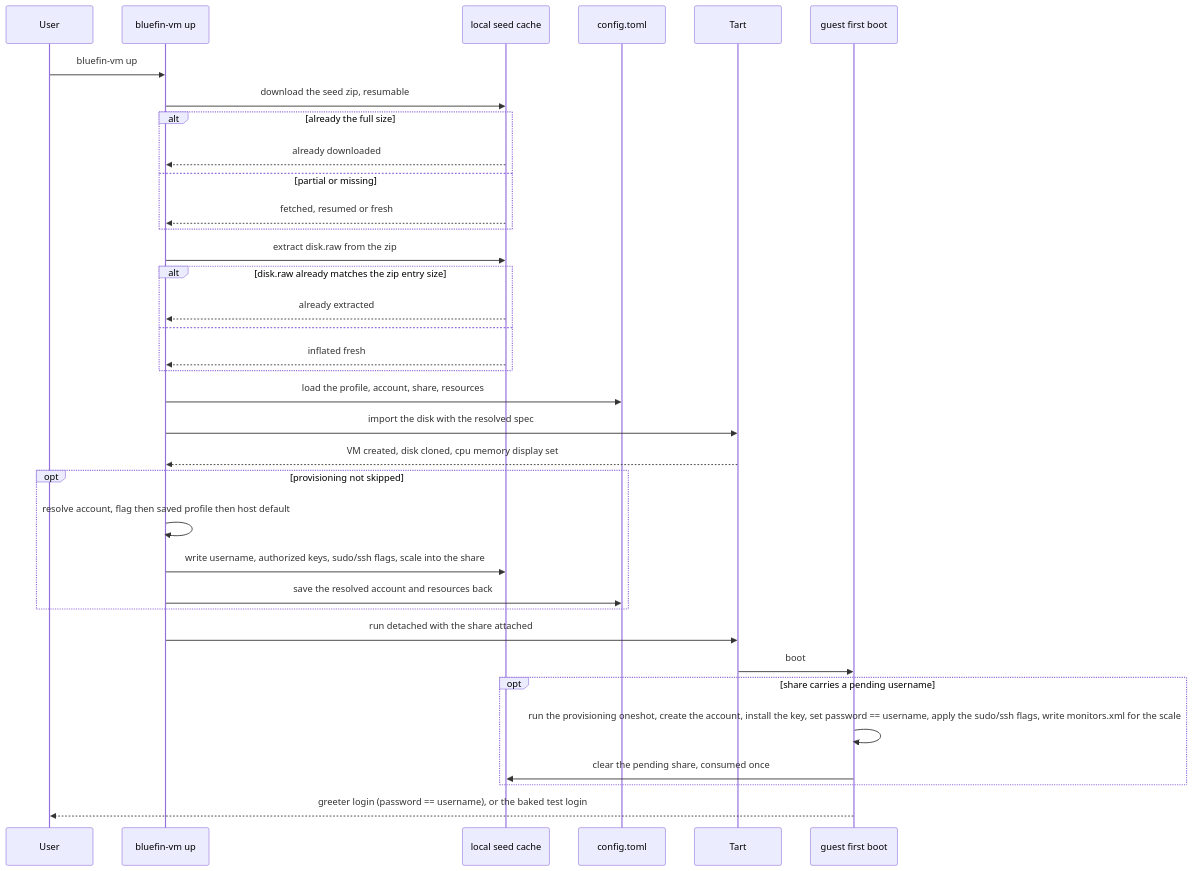
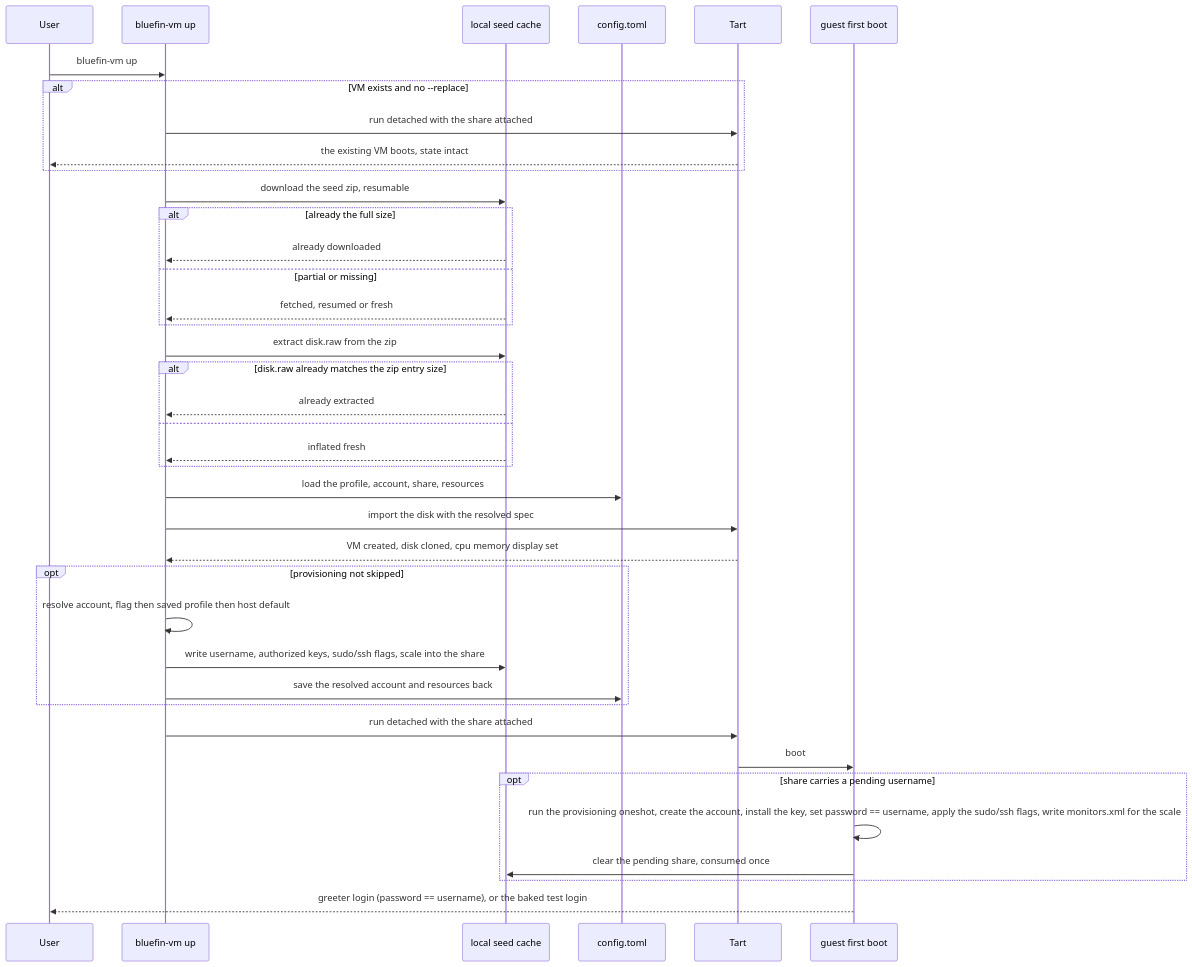
Before and after one commit to bluefing/bluefin-vm: the diagram in docs/diagrams/vm-up.md, drawn with Mermaid. The commit also changed other lines of this file and 16 other files, not shown here.

````diff
--- a/docs/diagrams/vm-up.md
+++ b/docs/diagrams/vm-up.md
@@ -9,38 +10,42 @@
 ```mermaid
 sequenceDiagram
     participant User
     participant CLI as bluefin-vm up
     participant Cache as local seed cache
     participant Config as config.toml
     participant Tart
     participant Guest as guest first boot
 
     User->>CLI: bluefin-vm up
+    alt VM exists and no --replace
+        CLI->>Tart: run detached with the share attached
+        Tart-->>User: the existing VM boots, state intact
+    end
     CLI->>Cache: download the seed zip, resumable
     alt already the full size
         Cache-->>CLI: already downloaded
     else partial or missing
         Cache-->>CLI: fetched, resumed or fresh
     end
     CLI->>Cache: extract disk.raw from the zip
     alt disk.raw already matches the zip entry size
         Cache-->>CLI: already extracted
     else
         Cache-->>CLI: inflated fresh
     end
     CLI->>Config: load the profile, account, share, resources
     CLI->>Tart: import the disk with the resolved spec
     Tart-->>CLI: VM created, disk cloned, cpu memory display set
     opt provisioning not skipped
         CLI->>CLI: resolve account, flag then saved profile then host default
         CLI->>Cache: write username, authorized keys, sudo/ssh flags, scale into the share
         CLI->>Config: save the resolved account and resources back
     end
     CLI->>Tart: run detached with the share attached
     Tart->>Guest: boot
     opt share carries a pending username
         Guest->>Guest: run the provisioning oneshot, create the account, install the key, set password == username, apply the sudo/ssh flags, write monitors.xml for the scale
         Guest->>Cache: clear the pending share, consumed once
     end
     Guest-->>User: greeter login (password == username), or the baked test login
 ```
````
